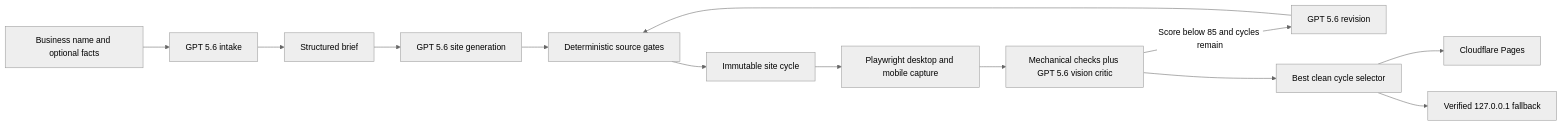
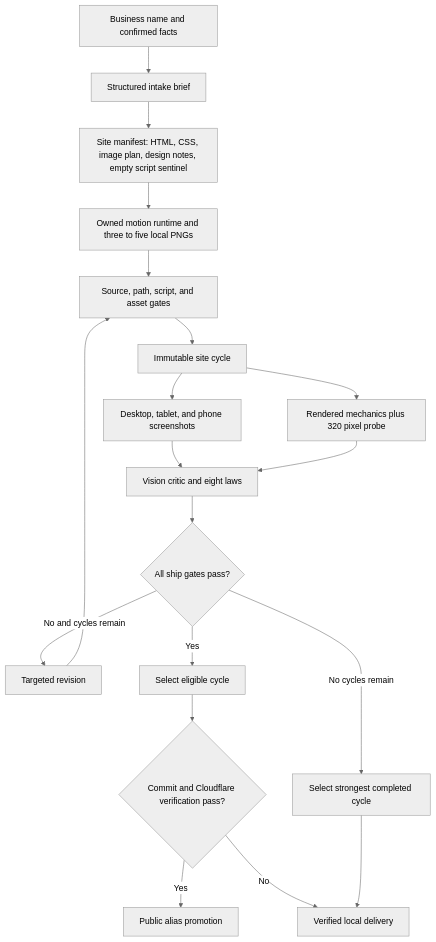
The diagram in README.md (natbirchmail-ctrl/mainstreet), drawn with Mermaid (neutral theme) before and after one commit. The commit also changed other lines of this file and 4 other files, not shown here.

````diff
--- a/README.md
+++ b/README.md
@@ -86,15 +136,21 @@
 ```mermaid
-flowchart LR
-    A["Business name and optional facts"] --> B["GPT 5.6 intake"]
-    B --> C["Structured brief"]
-    C --> D["GPT 5.6 site generation"]
-    D --> E["Deterministic source gates"]
+flowchart TD
+    A["Business name and confirmed facts"] --> B["Structured intake brief"]
+    B --> C["Site manifest: HTML, CSS, image plan, design notes, empty script sentinel"]
+    C --> D["Owned motion runtime and three to five local PNGs"]
+    D --> E["Source, path, script, and asset gates"]
     E --> F["Immutable site cycle"]
-    F --> G["Playwright desktop and mobile capture"]
-    G --> H["Mechanical checks plus GPT 5.6 vision critic"]
-    H -->|"Score below 85 and cycles remain"| I["GPT 5.6 revision"]
-    I --> E
-    H --> J["Best clean cycle selector"]
-    J --> K["Cloudflare Pages"]
-    J --> L["Verified 127.0.0.1 fallback"]
+    F --> G["Desktop, tablet, and phone screenshots"]
+    F --> H["Rendered mechanics plus 320 pixel probe"]
+    G --> I["Vision critic and eight laws"]
+    H --> I
+    I --> J{"All ship gates pass?"}
+    J -->|"No and cycles remain"| K["Targeted revision"]
+    K --> E
+    J -->|"Yes"| L["Select eligible cycle"]
+    J -->|"No cycles remain"| M["Select strongest completed cycle"]
+    L --> N{"Commit and Cloudflare verification pass?"}
+    N -->|"Yes"| O["Public alias promotion"]
+    N -->|"No"| P["Verified local delivery"]
+    M --> P
 ```
````
